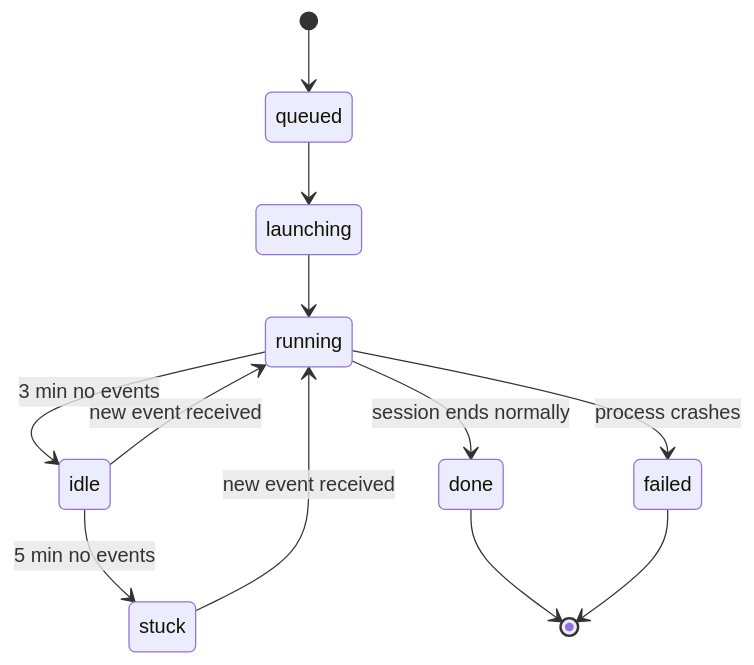
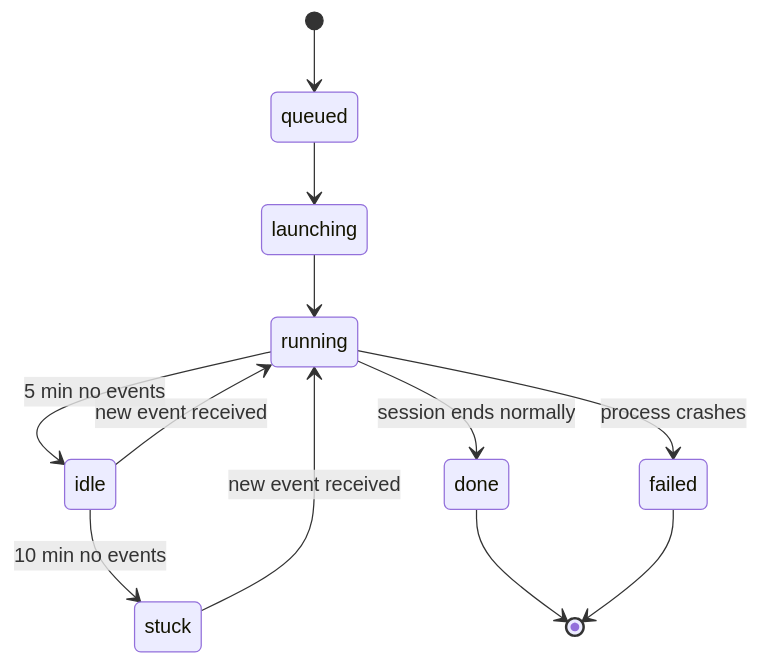
The second of 2 diagrams in README.md (hubertciebiada/fleet-commander), drawn with Mermaid before and after one commit. The commit also changed other lines of this file and 29 other files, not shown here.

````diff
--- a/README.md
+++ b/README.md
@@ -164,14 +164,14 @@
 ```mermaid
 stateDiagram-v2
   [*] --> queued
   queued --> launching
   launching --> running
-  running --> idle : 3 min no events
+  running --> idle : 5 min no events
   running --> done : session ends normally
   running --> failed : process crashes
   idle --> running : new event received
-  idle --> stuck : 5 min no events
+  idle --> stuck : 10 min no events
   stuck --> running : new event received
   done --> [*]
   failed --> [*]
 ```
````
